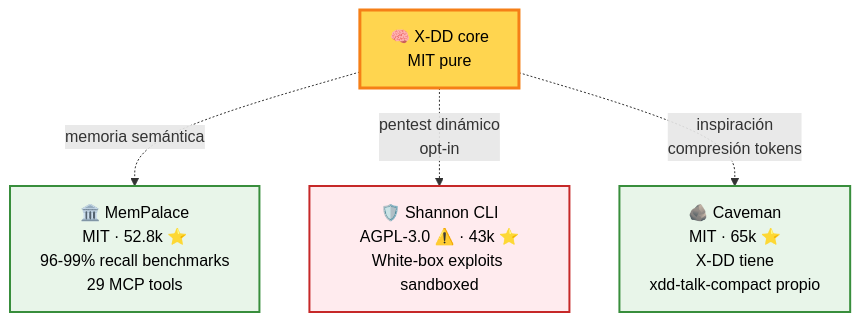
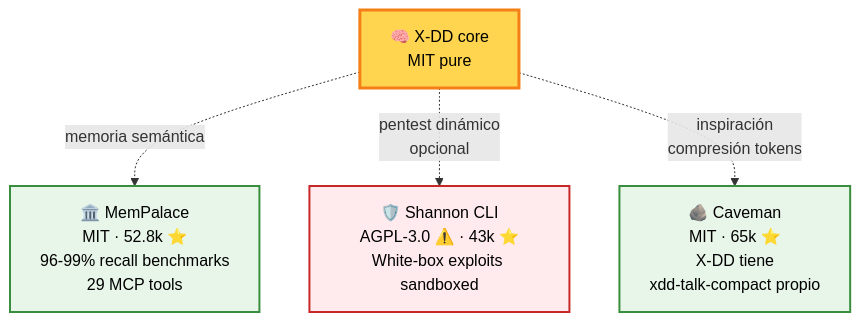
Before and after one commit to Cucholambr3ta/x-dd: the tenth of 10 diagrams in README.md, drawn with Mermaid. The commit also changed other lines of this file and 2 other files, not shown here.

First line of the commit message:
fix(readme): i18n multi-idioma + español neutro + Mermaid nodes quoted

````diff
--- a/README.md
+++ b/README.md
@@ -435,15 +436,15 @@
 ```mermaid
 flowchart TB
-    XDD[🧠 X-DD core<br/>MIT pure]
+    XDD["🧠 X-DD core<br/>MIT pure"]
 
-    XDD -.->|memoria semántica| MP[🏛️ MemPalace<br/>MIT · 52.8k ⭐<br/>96-99% recall benchmarks<br/>29 MCP tools]
-    XDD -.->|pentest dinámico<br/>opt-in| SH[🛡️ Shannon CLI<br/>AGPL-3.0 ⚠️ · 43k ⭐<br/>White-box exploits sandboxed]
-    XDD -.->|inspiración<br/>compresión tokens| CV[🪨 Caveman<br/>MIT · 65k ⭐<br/>X-DD tiene<br/>xdd-talk-compact propio]
+    XDD -.->|"memoria semántica"| MP["🏛️ MemPalace<br/>MIT · 52.8k ⭐<br/>96-99% recall benchmarks<br/>29 MCP tools"]
+    XDD -.->|"pentest dinámico<br/>opcional"| SH["🛡️ Shannon CLI<br/>AGPL-3.0 ⚠️ · 43k ⭐<br/>White-box exploits sandboxed"]
+    XDD -.->|"inspiración<br/>compresión tokens"| CV["🪨 Caveman<br/>MIT · 65k ⭐<br/>X-DD tiene<br/>xdd-talk-compact propio"]
 
     classDef core fill:#ffd54f,stroke:#f57f17,color:#000,stroke-width:3px
     classDef ext fill:#e8f5e9,stroke:#388e3c,color:#000,stroke-width:2px
     classDef warn fill:#ffebee,stroke:#c62828,color:#000,stroke-width:2px
     class XDD core
     class MP,CV ext
     class SH warn
 ```
````
